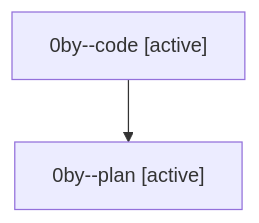
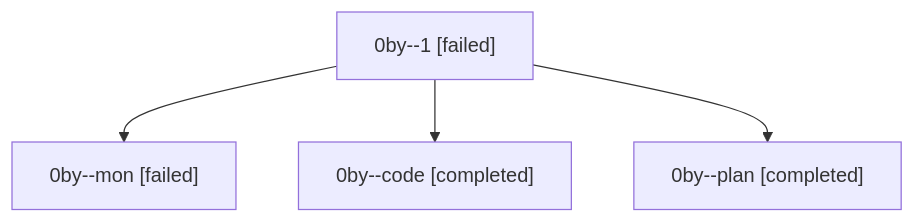
The diagram in families/bbugyi200.athena.0by.md (sase-org/sase--agents), drawn with Mermaid before and after one commit. The commit also changed other lines of this file and 72 other files, not shown here.

````diff
--- a/families/bbugyi200.athena.0by.md
+++ b/families/bbugyi200.athena.0by.md
@@ -9,6 +9,10 @@
 ```mermaid
 flowchart TD
-  n0["0by--code [active]"]
-  n1["0by--plan [active]"]
+  n0["0by--1 [failed]"]
+  n1["0by--mon [failed]"]
   n0 --> n1
+  n2["0by--code [completed]"]
+  n0 --> n2
+  n3["0by--plan [completed]"]
+  n0 --> n3
 ```
````
